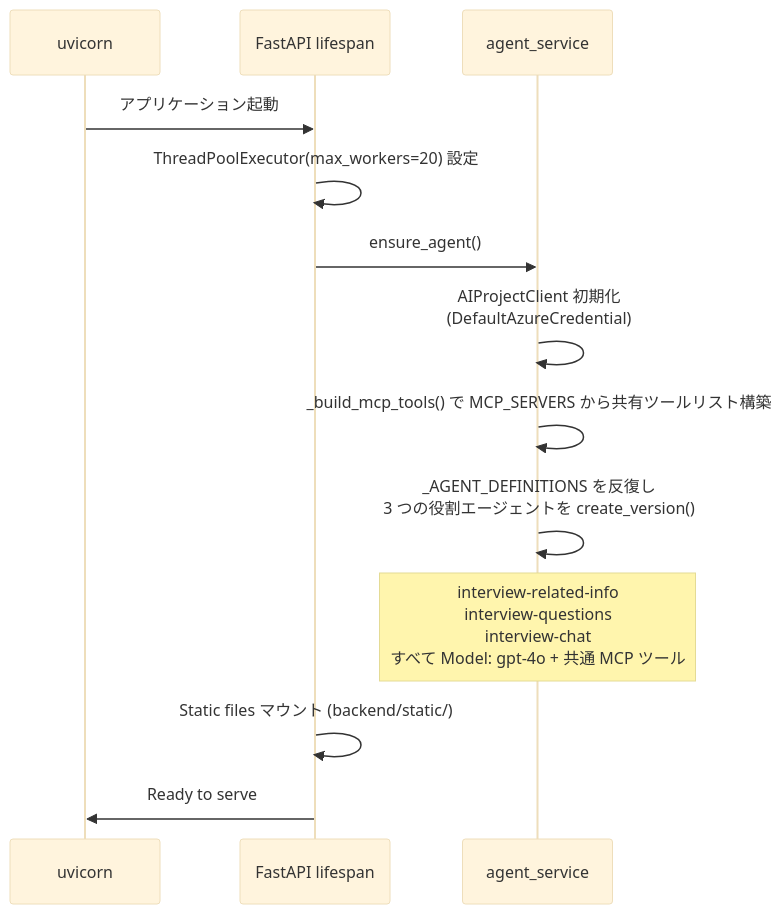
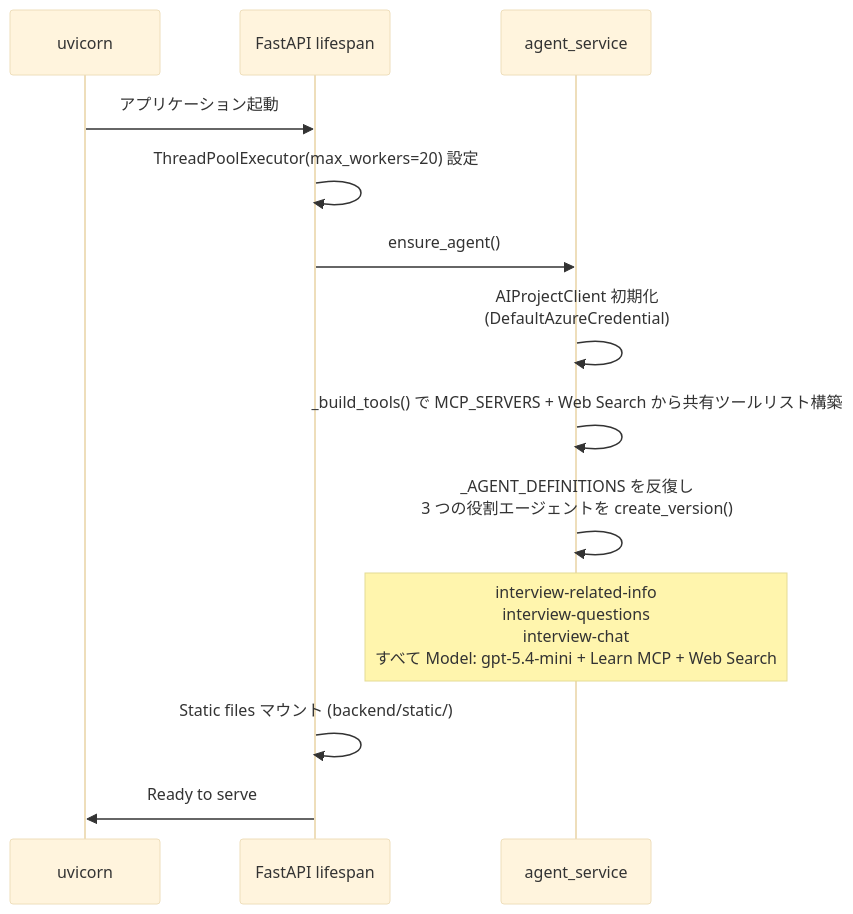
The sixth of 22 diagrams in spec/architecture.md (hatasaki/Interview-Assistant-AI), drawn with Mermaid (base theme) before and after one commit. The commit also changed other lines of this file and 8 other files, not shown here.

First line of the commit message:
Update models and configurations to use gpt-5.4-mini; enhance agent service with Web Search tool integration

````diff
--- a/spec/architecture.md
+++ b/spec/architecture.md
@@ -351,16 +351,16 @@
 ```mermaid
 sequenceDiagram
     participant Process as uvicorn
     participant App as FastAPI lifespan
     participant AGT as agent_service
 
     Process->>App: アプリケーション起動
     App->>App: ThreadPoolExecutor(max_workers=20) 設定
     App->>AGT: ensure_agent()
     AGT->>AGT: AIProjectClient 初期化<br/>(DefaultAzureCredential)
-    AGT->>AGT: _build_mcp_tools() で MCP_SERVERS から共有ツールリスト構築
+    AGT->>AGT: _build_tools() で MCP_SERVERS + Web Search から共有ツールリスト構築
     AGT->>AGT: _AGENT_DEFINITIONS を反復し<br/>3 つの役割エージェントを create_version()
-    Note over AGT: interview-related-info<br/>interview-questions<br/>interview-chat<br/>すべて Model: gpt-4o + 共通 MCP ツール
+    Note over AGT: interview-related-info<br/>interview-questions<br/>interview-chat<br/>すべて Model: gpt-5.4-mini + Learn MCP + Web Search
     App->>App: Static files マウント (backend/static/)
     App->>Process: Ready to serve
 ```
````
